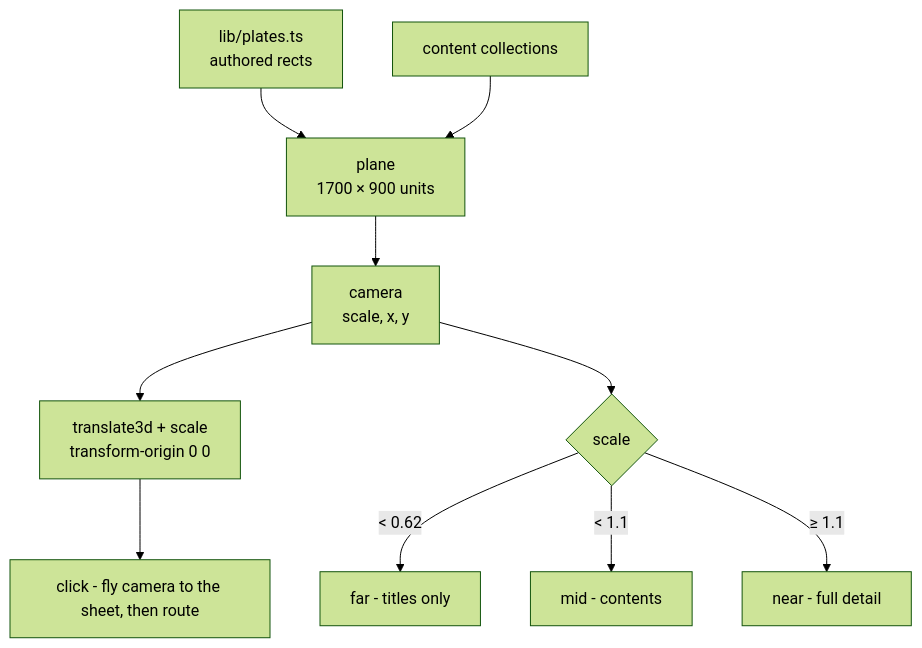
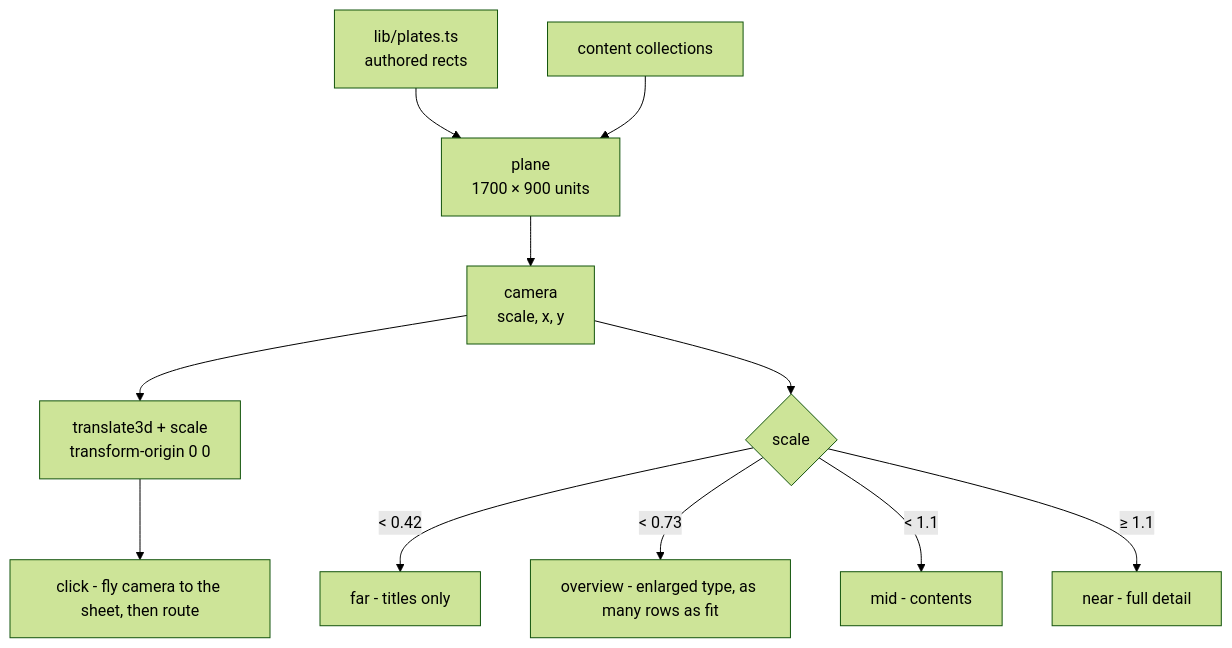
Before and after one commit to ax5hay/akshaybajpai.com: the second of 5 diagrams in README.md, drawn with Mermaid (forest theme). The commit also changed other lines of this file and 24 other files, not shown here.

````diff
--- a/README.md
+++ b/README.md
@@ -291,12 +296,13 @@
 ```mermaid
 flowchart TD
   REG["lib/plates.ts<br/>authored rects"] --> PLANE["plane<br/>1700 × 900 units"]
   CONTENT["content collections"] --> PLANE
   PLANE --> CAM["camera<br/>scale, x, y"]
   CAM --> XFORM["translate3d + scale<br/>transform-origin 0 0"]
   CAM --> LOD{"scale"}
-  LOD -->|"< 0.62"| FAR["far - titles only"]
+  LOD -->|"< 0.42"| FAR["far - titles only"]
+  LOD -->|"< 0.73"| OVER["overview - enlarged type, as many rows as fit"]
   LOD -->|"< 1.1"| MID["mid - contents"]
   LOD -->|"≥ 1.1"| NEAR["near - full detail"]
   XFORM --> FLY["click - fly camera to the sheet, then route"]
 ```
````
